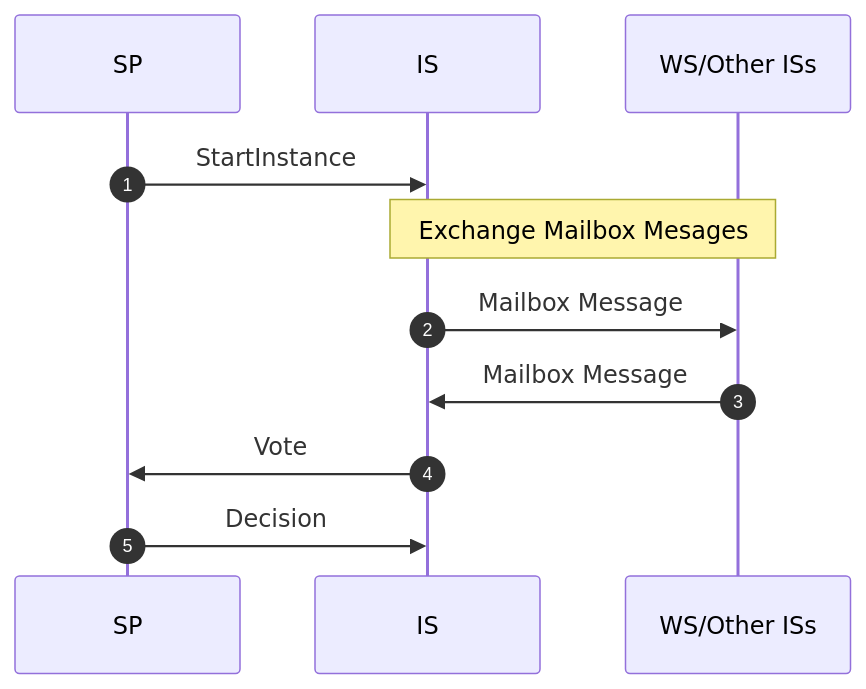
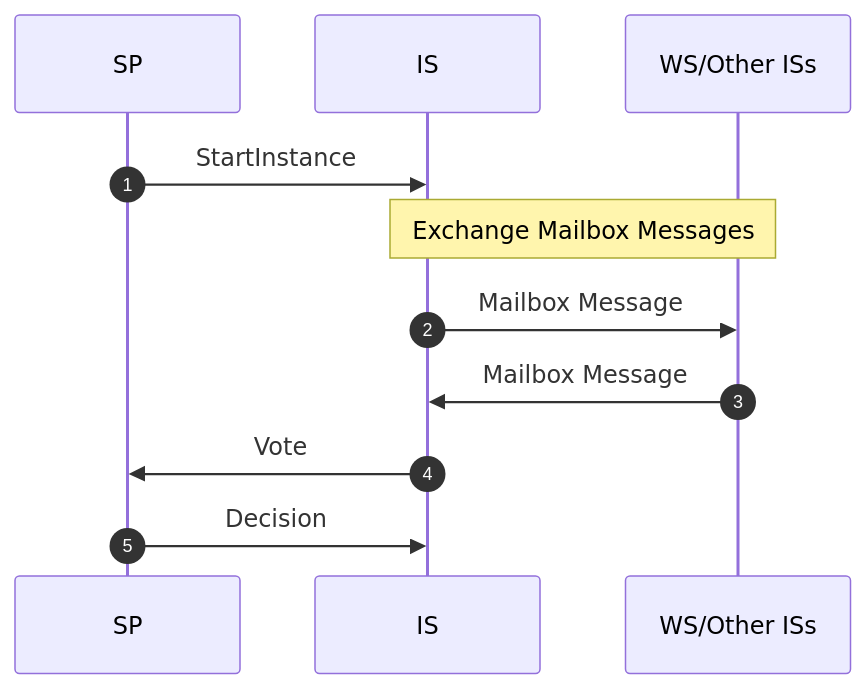
The second of 5 diagrams in cross_domain_composability_protocol.md (compose-network/specs), drawn with Mermaid before and after one commit. The commit also changed other lines of this file, not shown here.

````diff
--- a/cross_domain_composability_protocol.md
+++ b/cross_domain_composability_protocol.md
@@ -242,16 +242,16 @@
 ```mermaid
 sequenceDiagram
     autonumber
 
     participant SP
     participant IS
     participant WS/Other ISs
 
     SP->>IS: StartInstance
-    Note over IS,WS/Other ISs: Exchange Mailbox Mesages
+    Note over IS,WS/Other ISs: Exchange Mailbox Messages
     IS->>WS/Other ISs: Mailbox Message
     WS/Other ISs->>IS: Mailbox Message
     
     IS->>SP: Vote
     SP->>IS: Decision
 ```
````
